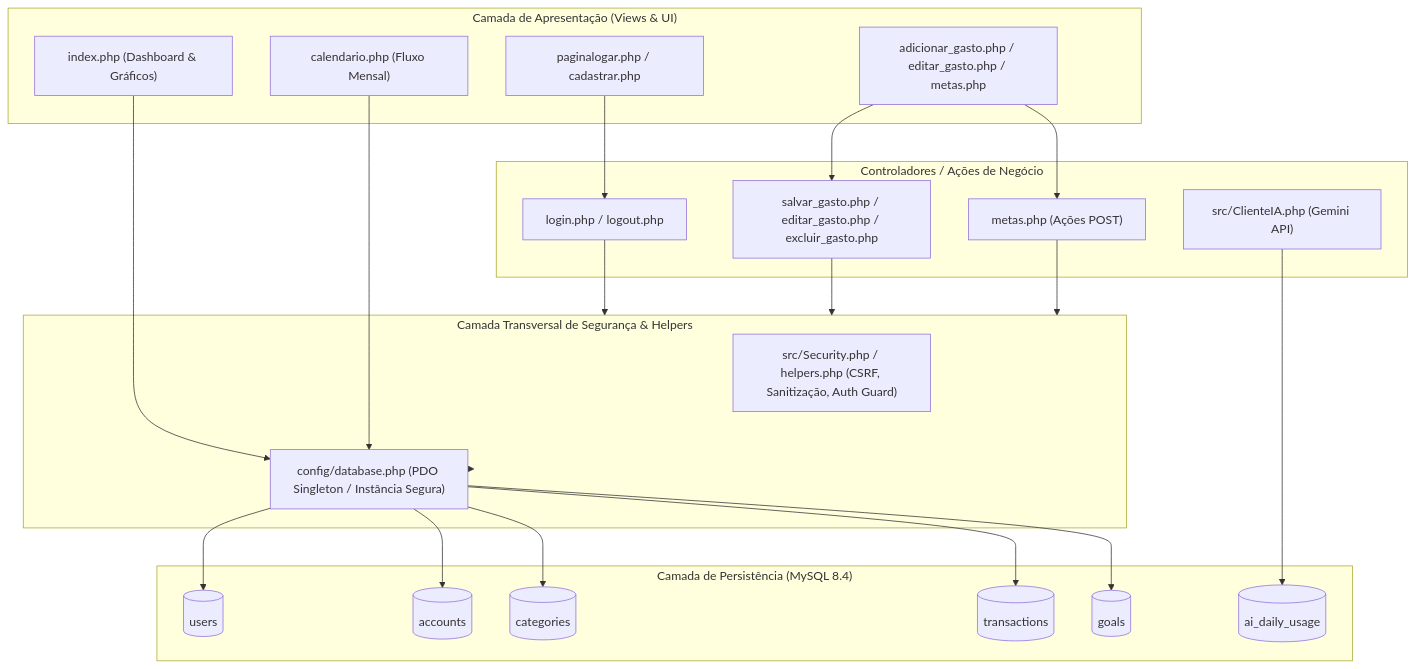
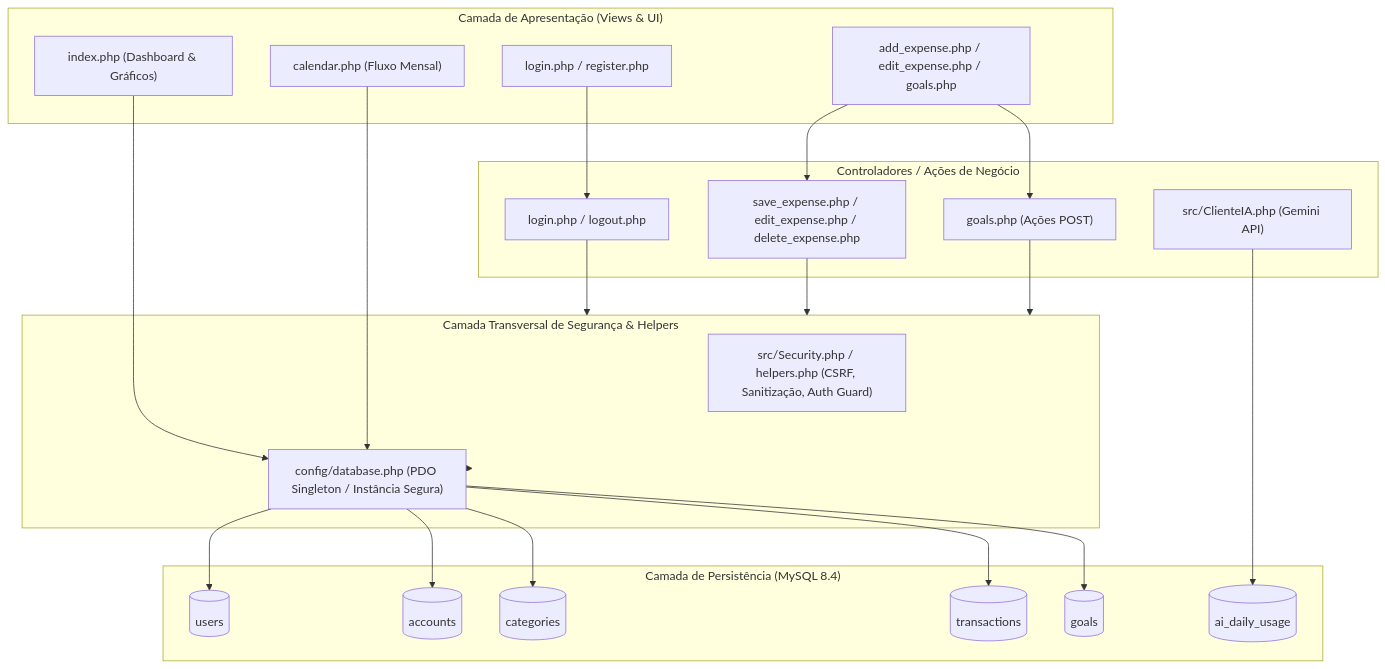
The diagram in docs/sdd/arquitetura.md (olucsdn/Droma), drawn with Mermaid before and after one commit. The commit also changed other lines of this file and 57 other files, not shown here.

````diff
--- a/docs/sdd/arquitetura.md
+++ b/docs/sdd/arquitetura.md
@@ -22,48 +22,48 @@
 ```mermaid
 flowchart TD
     subgraph Frontend["Camada de Apresentação (Views & UI)"]
-        UI_Login["paginalogar.php / cadastrar.php"]
+        UI_Login["login.php / register.php"]
         UI_Dash["index.php (Dashboard & Gráficos)"]
-        UI_Cal["calendario.php (Fluxo Mensal)"]
-        UI_Forms["adicionar_gasto.php / editar_gasto.php / metas.php"]
+        UI_Cal["calendar.php (Fluxo Mensal)"]
+        UI_Forms["add_expense.php / edit_expense.php / goals.php"]
     end
 
     subgraph Security["Camada Transversal de Segurança & Helpers"]
         CSRF["src/Security.php / helpers.php (CSRF, Sanitização, Auth Guard)"]
         DB["config/database.php (PDO Singleton / Instância Segura)"]
     end
 
     subgraph Business["Controladores / Ações de Negócio"]
         AuthAction["login.php / logout.php"]
-        TxAction["salvar_gasto.php / editar_gasto.php / excluir_gasto.php"]
-        GoalAction["metas.php (Ações POST)"]
+        TxAction["save_expense.php / edit_expense.php / delete_expense.php"]
+        GoalAction["goals.php (Ações POST)"]
         AIClient["src/ClienteIA.php (Gemini API)"]
     end
 
     subgraph Database["Camada de Persistência (MySQL 8.4)"]
         Users[("users")]
         Accounts[("accounts")]
         Categories[("categories")]
         Transactions[("transactions")]
         Goals[("goals")]
         Usage[("ai_daily_usage")]
     end
 
     UI_Login --> AuthAction
     UI_Forms --> TxAction
     UI_Forms --> GoalAction
     UI_Dash --> DB
     UI_Cal --> DB
 
     AuthAction --> Security
     TxAction --> Security
     GoalAction --> Security
     Security --> DB
 
     DB --> Users
     DB --> Accounts
     DB --> Categories
     DB --> Transactions
     DB --> Goals
     AIClient --> Usage
 ```
````
